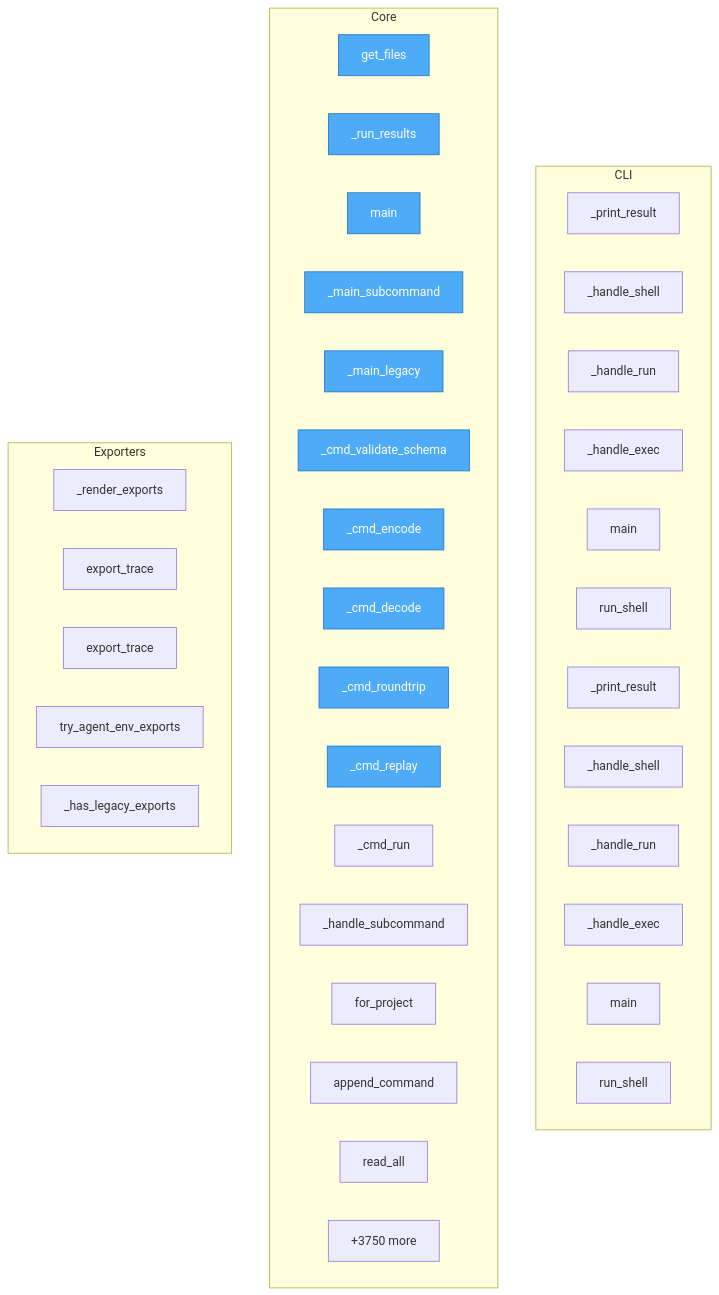
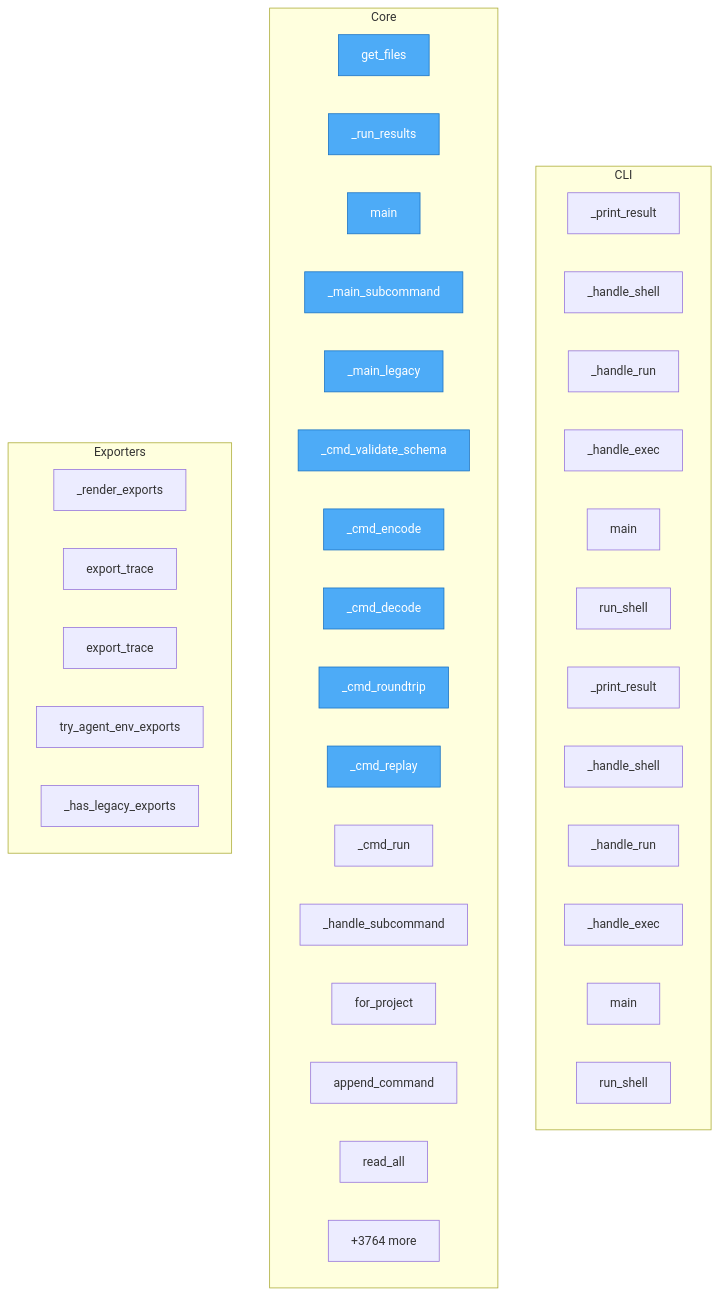
One commit to semcod/koru changed the diagram in project/flow.mmd. Above: the diagram before and after it, drawn with Mermaid. The commit also changed 21 other files, not shown here.

```diff
--- a/project/flow.mmd
+++ b/project/flow.mmd
@@ -1,49 +1,49 @@
 flowchart TD
-%% generated in 0.97s
+%% generated in 2.26s
 
     %% Entry points (blue)
     classDef entry fill:#4dabf7,stroke:#1971c2,color:#fff
 
     subgraph CLI
         packages__cli2koru__src__cli2koru__cli___print_result["_print_result"]
         packages__cli2koru__src__cli2koru__cli___handle_shell["_handle_shell"]
         packages__cli2koru__src__cli2koru__cli___handle_run["_handle_run"]
         packages__cli2koru__src__cli2koru__cli___handle_exec["_handle_exec"]
         packages__cli2koru__src__cli2koru__cli__main["main"]
         packages__cli2koru__src__cli2koru__shell__run_shell["run_shell"]
         packages__cli2coru__src__cli2coru__cli___print_result["_print_result"]
         packages__cli2coru__src__cli2coru__cli___handle_shell["_handle_shell"]
         packages__cli2coru__src__cli2coru__cli___handle_run["_handle_run"]
         packages__cli2coru__src__cli2coru__cli___handle_exec["_handle_exec"]
         packages__cli2coru__src__cli2coru__cli__main["main"]
         packages__cli2coru__src__cli2coru__shell__run_shell["run_shell"]
     end
 
     subgraph Core
         check_dups__get_files["get_files"]
         packages__dsl2koru__src__dsl2koru__cli___run_results["_run_results"]
         packages__dsl2koru__src__dsl2koru__cli__main["main"]
         packages__dsl2koru__src__dsl2koru__cli___main_subcommand["_main_subcommand"]
         packages__dsl2koru__src__dsl2koru__cli___main_legacy["_main_legacy"]
         packages__dsl2koru__src__dsl2koru__cli___cmd_validate_schema["_cmd_validate_schema"]
         packages__dsl2koru__src__dsl2koru__cli___cmd_encode["_cmd_encode"]
         packages__dsl2koru__src__dsl2koru__cli___cmd_decode["_cmd_decode"]
         packages__dsl2koru__src__dsl2koru__cli___cmd_roundtrip["_cmd_roundtrip"]
         packages__dsl2koru__src__dsl2koru__cli___cmd_replay["_cmd_replay"]
         packages__dsl2koru__src__dsl2koru__cli___cmd_run["_cmd_run"]
         packages__dsl2koru__src__dsl2koru__cli___handle_subcommand["_handle_subcommand"]
         packages__dsl2koru__src__dsl2koru__events__EventStore__for_project["for_project"]
         packages__dsl2koru__src__dsl2koru__events__EventStore__append_command["append_command"]
         packages__dsl2koru__src__dsl2koru__events__EventStore__read_all["read_all"]
-        ...["+3750 more"]
+        ...["+3764 more"]
     end
 
     subgraph Exporters
         packages__koruenv__src__koruenv__cli___render_exports["_render_exports"]
         packages__nlpshim__src__nlpshim__conversation_client__ConversationTestClient__export_trace["export_trace"]
         packages__nlpshim__src__nlpshim__conversation_test_api__export_trace["export_trace"]
         src__koru__agent_cli_helpers__try_agent_env_exports["try_agent_env_exports"]
         src__koru__cli___has_legacy_exports["_has_legacy_exports"]
     end
 
     class check_dups__get_files,packages__dsl2koru__src__dsl2koru__cli___run_results,packages__dsl2koru__src__dsl2koru__cli__main,packages__dsl2koru__src__dsl2koru__cli___main_subcommand,packages__dsl2koru__src__dsl2koru__cli___main_legacy,packages__dsl2koru__src__dsl2koru__cli___cmd_validate_schema,packages__dsl2koru__src__dsl2koru__cli___cmd_encode,packages__dsl2koru__src__dsl2koru__cli___cmd_decode,packages__dsl2koru__src__dsl2koru__cli___cmd_roundtrip,packages__dsl2koru__src__dsl2koru__cli___cmd_replay entry
```
